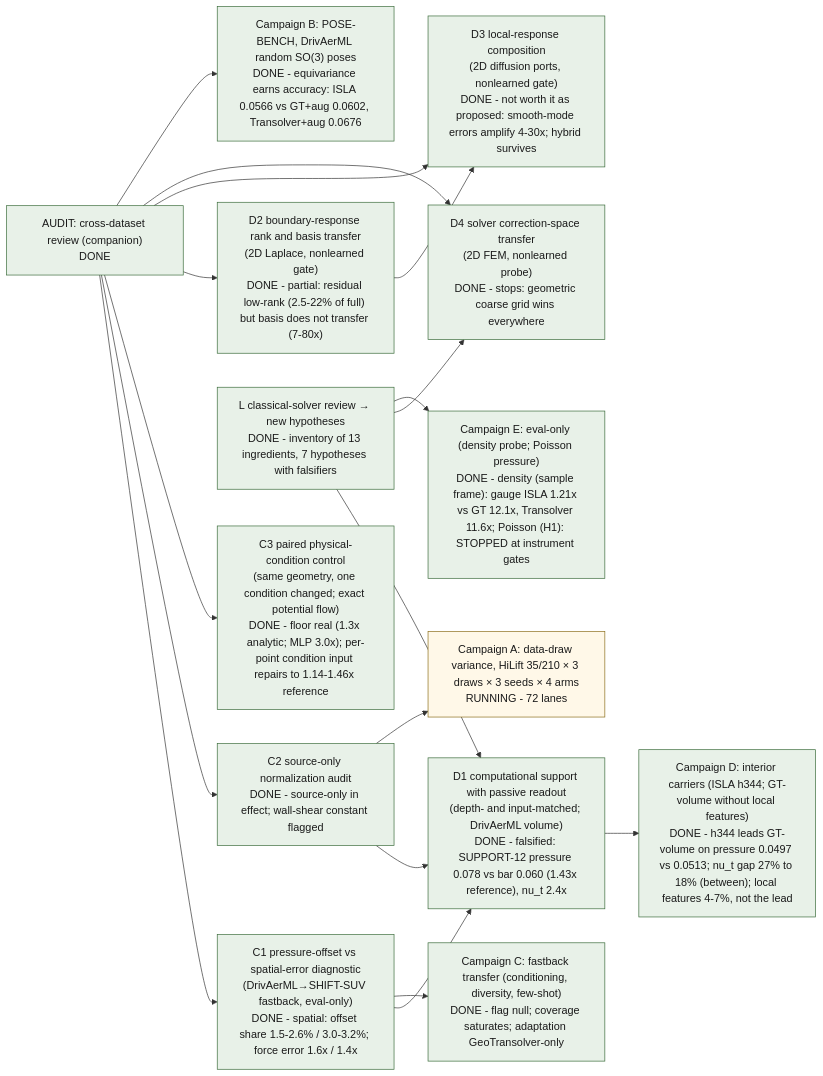
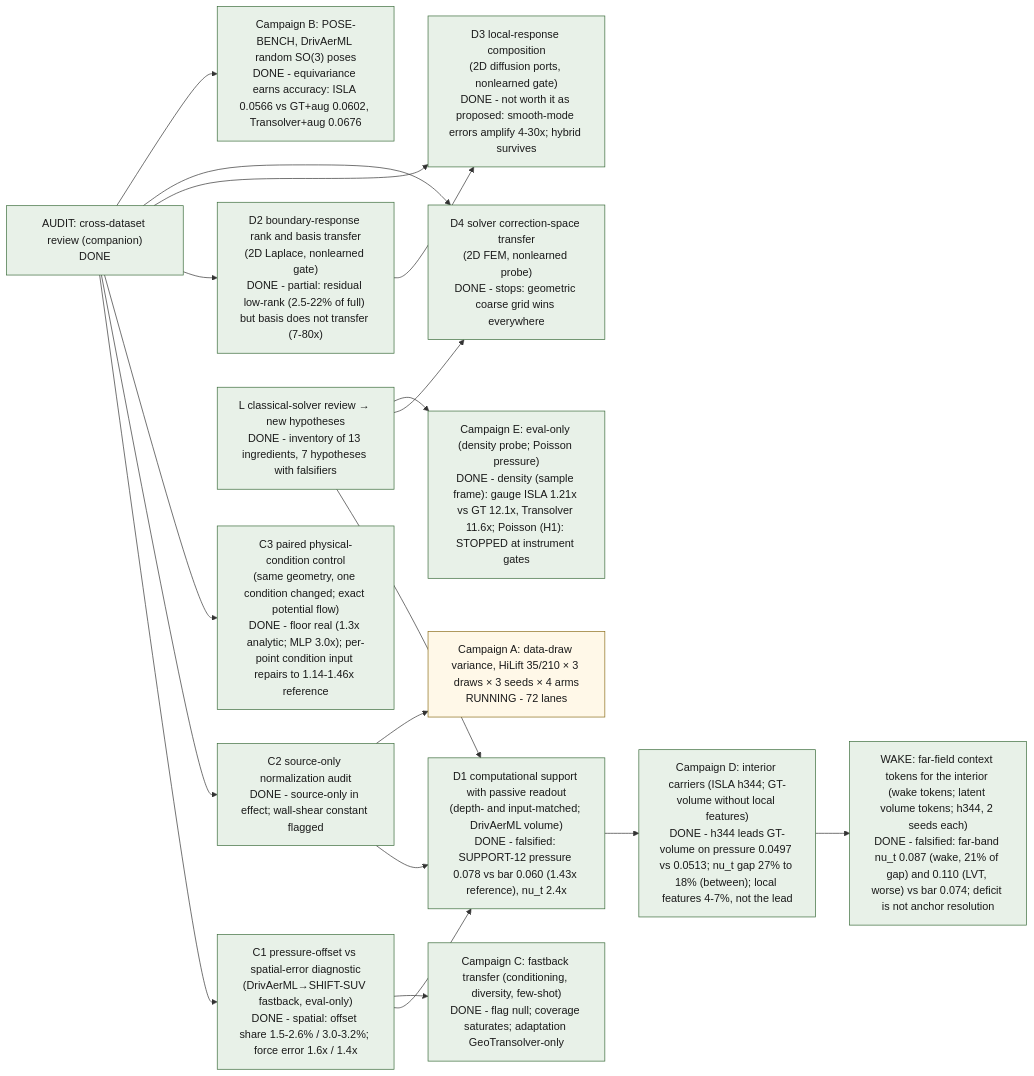
The diagram in examples/cfd/mesh_transformer/research/transfer_program/index.qmd (peterdsharpe/modulus), drawn with Mermaid before and after one commit. The commit also changed other lines of this file and 4 other files, not shown here.

Commit message:
Transfer program: wake-token / latent-volume-token verdict (both falsified: far-band nu_t 0.087 and 0.110 vs bar 0.074; near wall untouched; deficit is not anchor resolution); chapter 7 interior section, notebook entry, WAKE node and ledger row, band artifact

````diff
--- a/examples/cfd/mesh_transformer/research/transfer_program/index.qmd
+++ b/examples/cfd/mesh_transformer/research/transfer_program/index.qmd
@@ -36,37 +36,39 @@
 ```{mermaid}
 flowchart LR
   classDef done fill:#e8f1e8,stroke:#3a6b3a,color:#1a1a1a
   classDef running fill:#fff8e8,stroke:#8a6d1a,color:#1a1a1a
   classDef ready fill:#eef3fb,stroke:#2a5ba8,color:#1a1a1a
   classDef planned fill:#f2f1ec,stroke:#898781,color:#1a1a1a,stroke-dasharray:4 3
   AUDIT["AUDIT: cross-dataset review (companion)<br/>DONE"]:::done
   POFF["C1 pressure-offset vs spatial-error diagnostic<br/>(DrivAerML→SHIFT-SUV fastback, eval-only)<br/>DONE - spatial: offset share 1.5-2.6% / 3.0-3.2%; force error 1.6x / 1.4x"]:::done
   SNORM["C2 source-only normalization audit<br/>DONE - source-only in effect; wall-shear constant flagged"]:::done
   PAIR["C3 paired physical-condition control<br/>(same geometry, one condition changed; exact potential flow)<br/>DONE - floor real (1.3x analytic; MLP 3.0x); per-point condition input repairs to 1.14-1.46x reference"]:::done
   SUPP["D1 computational support with passive readout<br/>(depth- and input-matched; DrivAerML volume)<br/>DONE - falsified: SUPPORT-12 pressure 0.078 vs bar 0.060 (1.43x reference), nu_t 2.4x"]:::done
   RESP["D2 boundary-response rank and basis transfer<br/>(2D Laplace, nonlearned gate)<br/>DONE - partial: residual low-rank (2.5-22% of full) but basis does not transfer (7-80x)"]:::done
   COMP["D3 local-response composition<br/>(2D diffusion ports, nonlearned gate)<br/>DONE - not worth it as proposed: smooth-mode errors amplify 4-30x; hybrid survives"]:::done
   SOLV["D4 solver correction-space transfer<br/>(2D FEM, nonlearned probe)<br/>DONE - stops: geometric coarse grid wins everywhere"]:::done
   CLASS["L classical-solver review → new hypotheses<br/>DONE - inventory of 13 ingredients, 7 hypotheses with falsifiers"]:::done
   CAMPA["Campaign A: data-draw variance, HiLift 35/210 × 3 draws × 3 seeds × 4 arms<br/>RUNNING - 72 lanes"]:::running
   CAMPB["Campaign B: POSE-BENCH, DrivAerML random SO(3) poses<br/>DONE - equivariance earns accuracy: ISLA 0.0566 vs GT+aug 0.0602, Transolver+aug 0.0676"]:::done
   CAMPC["Campaign C: fastback transfer (conditioning, diversity, few-shot)<br/>DONE - flag null; coverage saturates; adaptation GeoTransolver-only"]:::done
   CAMPD["Campaign D: interior carriers (ISLA h344; GT-volume without local features)<br/>DONE - h344 leads GT-volume on pressure 0.0497 vs 0.0513; nu_t gap 27% to 18% (between); local features 4-7%, not the lead"]:::done
   CAMPE["Campaign E: eval-only (density probe; Poisson pressure)<br/>DONE - density (sample frame): gauge ISLA 1.21x vs GT 12.1x, Transolver 11.6x; Poisson (H1): STOPPED at instrument gates"]:::done
+  WAKE["WAKE: far-field context tokens for the interior (wake tokens; latent volume tokens; h344, 2 seeds each)<br/>DONE - falsified: far-band nu_t 0.087 (wake, 21% of gap) and 0.110 (LVT, worse) vs bar 0.074; deficit is not anchor resolution"]:::done
   AUDIT --> POFF
   AUDIT --> SNORM
   AUDIT --> PAIR
   POFF --> SUPP
   SNORM --> SUPP
   AUDIT --> RESP
   AUDIT --> COMP
   AUDIT --> SOLV
   RESP --> COMP
   CLASS --> SUPP
   CLASS --> SOLV
   POFF --> CAMPC
   SNORM --> CAMPA
   CLASS --> CAMPE
   SUPP --> CAMPD
+  CAMPD --> WAKE
   AUDIT --> CAMPB
 ```
````
